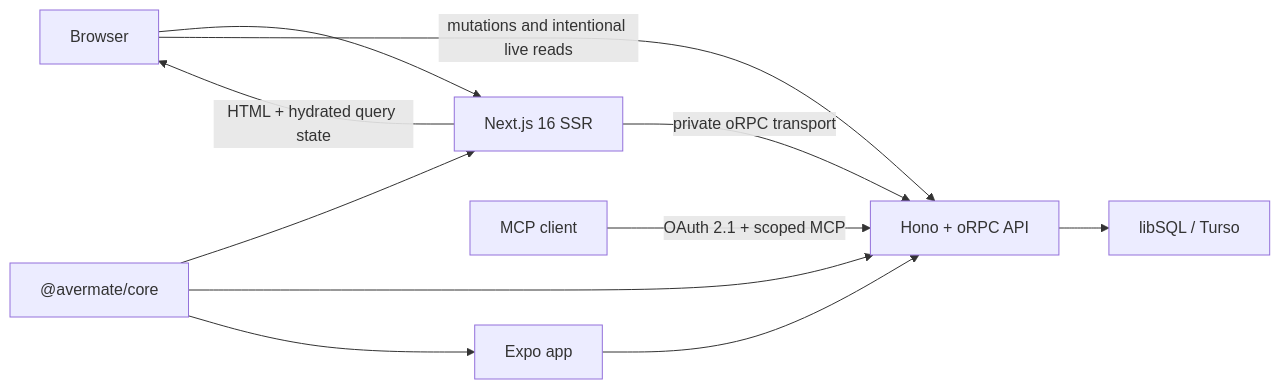
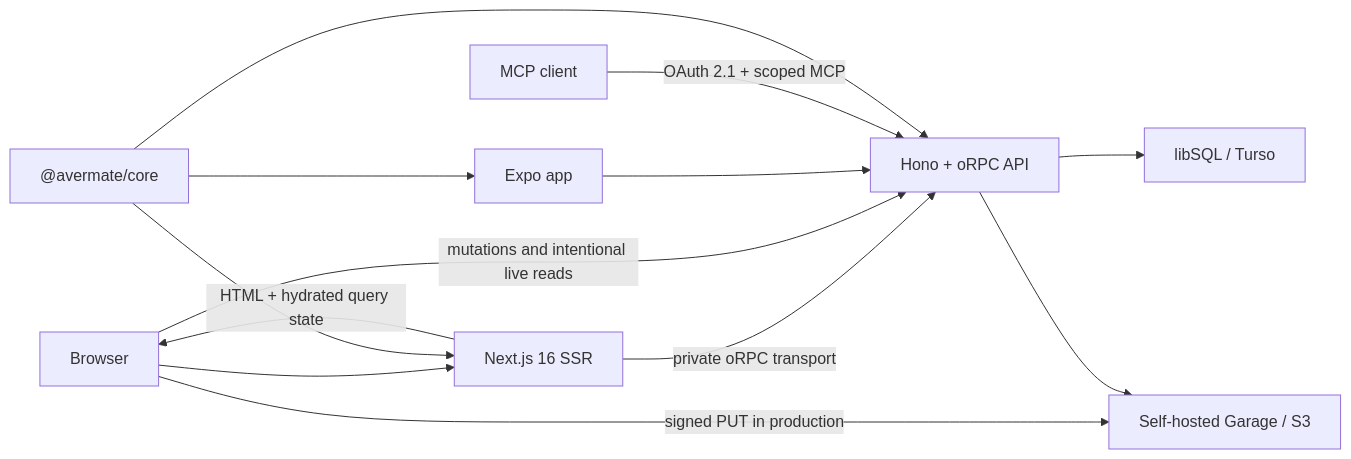
Before and after one commit to Fefe-Nayz/avermate: the diagram in README.md, drawn with Mermaid. The commit also changed other lines of this file and 852 other files, not shown here.

Commit message:
chore: checkpoint platform expansion before AI roadmap

````diff
--- a/README.md
+++ b/README.md
@@ -49,13 +49,15 @@
 ```mermaid
 flowchart LR
   browser["Browser"] --> web["Next.js 16 SSR"]
   web -->|"private oRPC transport"| api["Hono + oRPC API"]
   web -->|"HTML + hydrated query state"| browser
   browser -->|"mutations and intentional live reads"| api
   mobile["Expo app"] --> api
   assistant["MCP client"] -->|"OAuth 2.1 + scoped MCP"| api
   api --> db["libSQL / Turso"]
+  browser -->|"signed PUT in production"| garage["Self-hosted Garage / S3"]
+  api --> garage
   core["@avermate/core"] --> web
   core --> api
   core --> mobile
 ```
````
